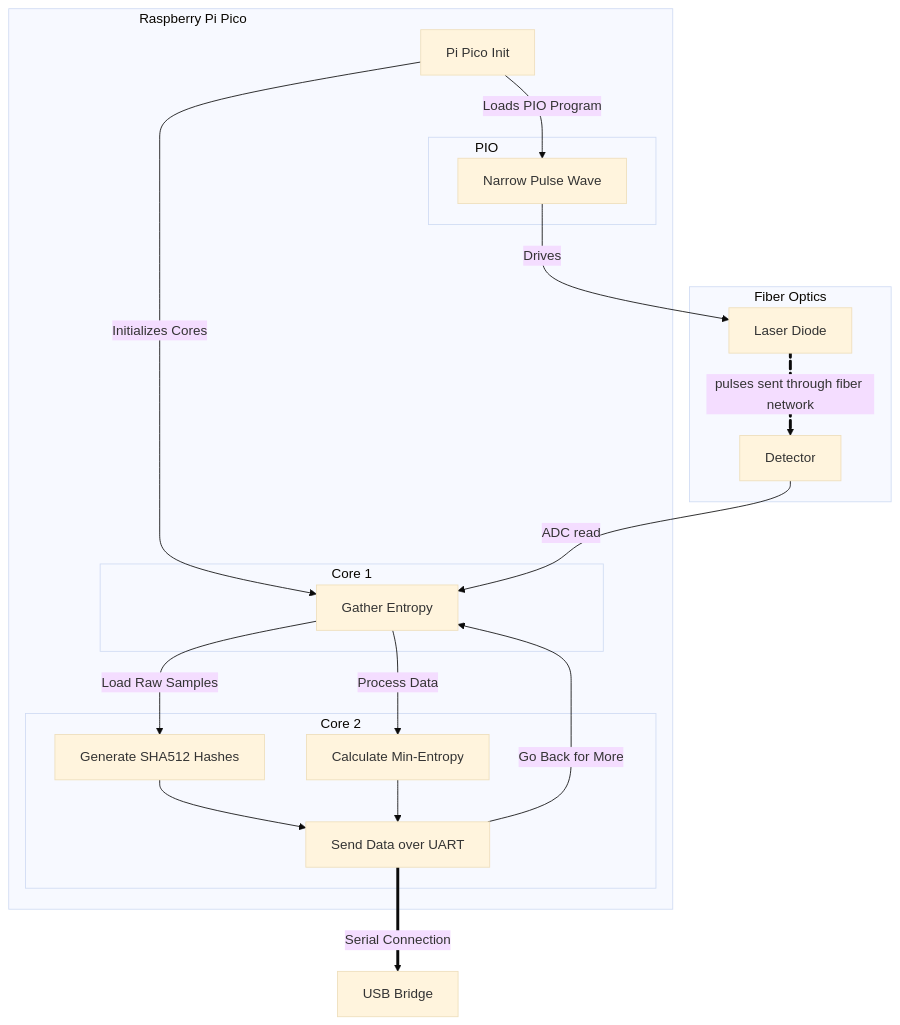
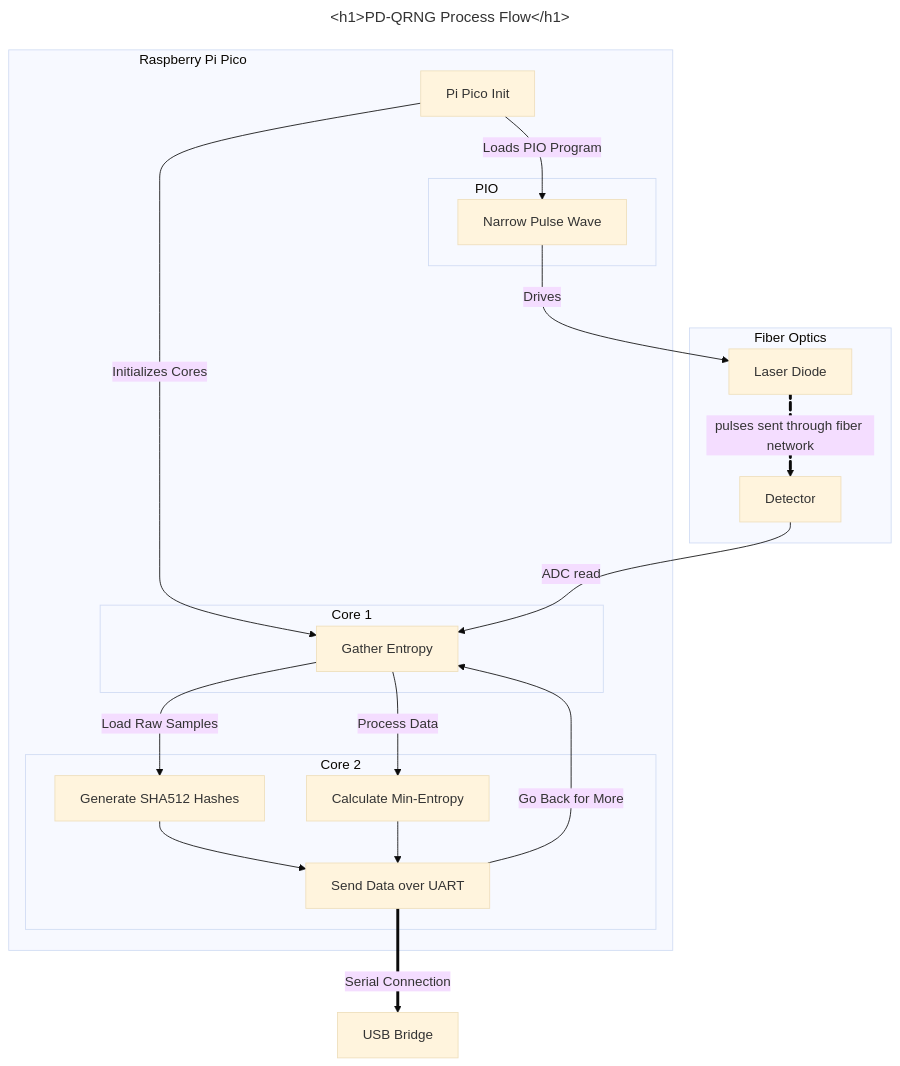
Before and after one commit to QuantumVillage/FiberRanger: the diagram in README.md, drawn with Mermaid (base theme).

Commit message:
added flow charts

````diff
--- a/README.md
+++ b/README.md
@@ -9,38 +9,38 @@
 ```mermaid
 ---
-title: # PD-QRNG Process Flow
+title: <h1>PD-QRNG Process Flow</h1>
 ---
 
 flowchart TD
     subgraph Fiber Optics
     L[Laser Diode]
     D[Detector]
     end
     subgraph R[<div style="width:30em; height:8em; display:flex; justify-content: flex-start;">Raspberry Pi Pico</div>]
         I[Pi Pico Init]
         subgraph PIO [<div style="width:10em; height:8em; display:flex; justify-content: flex-start;">PIO</div>]
         A[Narrow Pulse Wave]
         end
         subgraph Core 1
         G[Gather Entropy]
         end
         subgraph Core 2
         M[Calculate Min-Entropy]
         S[Generate SHA512 Hashes]
         U[Send Data over UART]
         end
     end
     B[USB Bridge]
     I -->|Initializes Cores| G[Gather Entropy]
     I -->|Loads PIO Program| A
     D -->|ADC read| G
     G -->|Process Data| M
     G -->|Load Raw Samples| S
     S --> U
     M --> U
     U -->|Go Back for More| G
     A  -->|Drives| L
     L e1@==>|pulses sent through fiber network| D
     e1@{ animate: true }
     U ==>|Serial Connection| B
 ```
````
